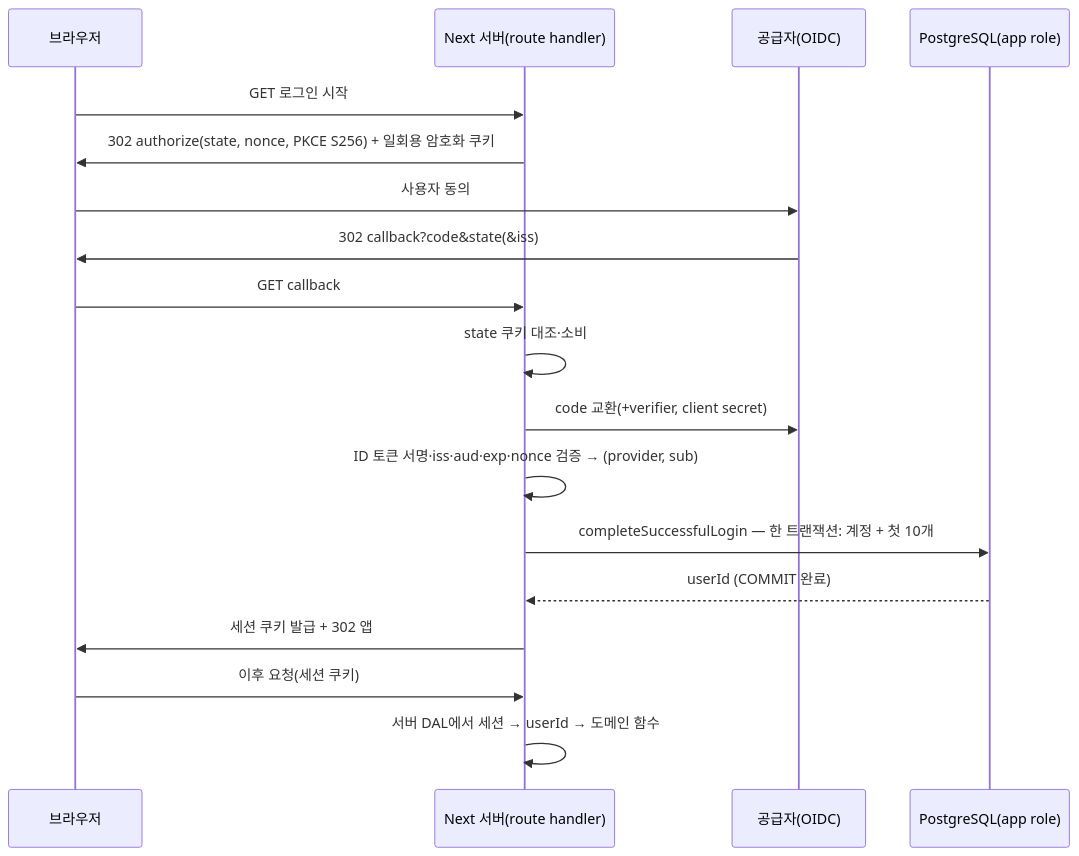
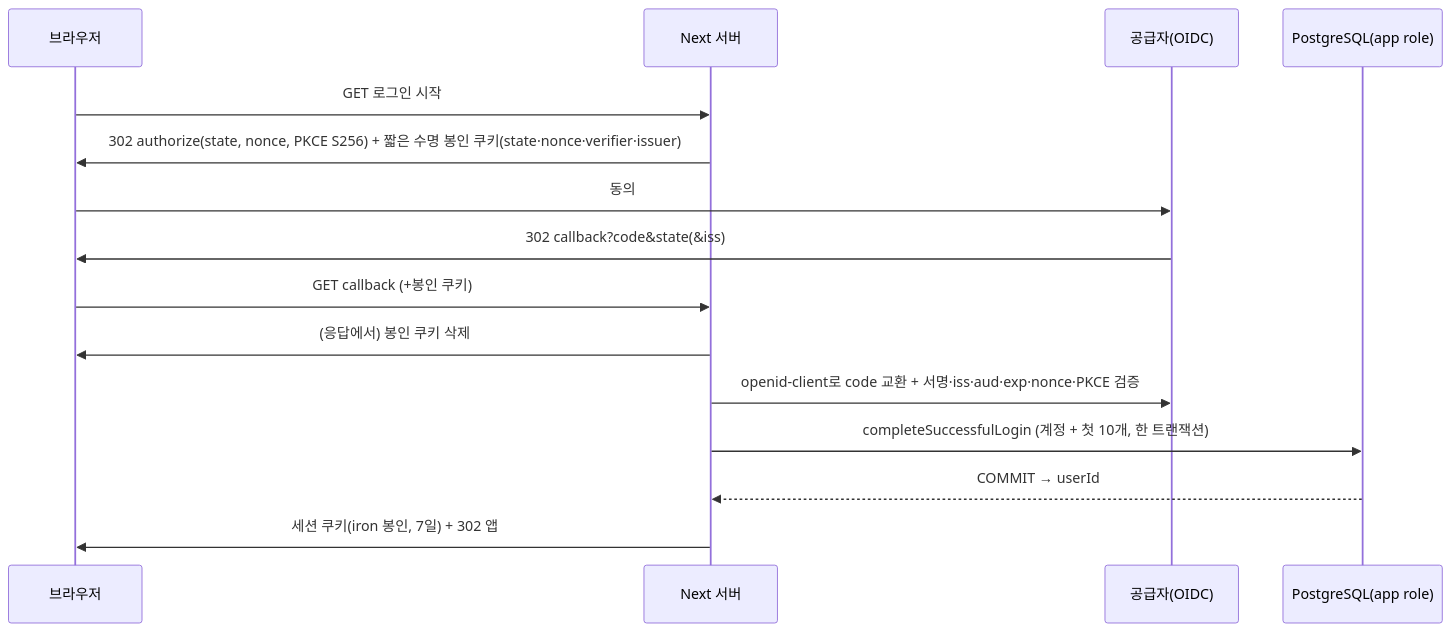
The diagram in docs/plans/PLAN_mvp-authentication.md (kindsr/devscent-pieceofdays-main), drawn with Mermaid before and after one commit. The commit also changed other lines of this file and 2 other files, not shown here.

````diff
--- a/docs/plans/PLAN_mvp-authentication.md
+++ b/docs/plans/PLAN_mvp-authentication.md
@@ -39,20 +50,17 @@
 ```mermaid
 sequenceDiagram
   participant B as 브라우저
-  participant A as Next 서버(route handler)
+  participant A as Next 서버
   participant P as 공급자(OIDC)
   participant D as PostgreSQL(app role)
   B->>A: GET 로그인 시작
-  A->>B: 302 authorize(state, nonce, PKCE S256) + 일회용 암호화 쿠키
-  B->>P: 사용자 동의
+  A->>B: 302 authorize(state, nonce, PKCE S256) + 짧은 수명 봉인 쿠키(state·nonce·verifier·issuer)
+  B->>P: 동의
   P->>B: 302 callback?code&state(&iss)
-  B->>A: GET callback
-  A->>A: state 쿠키 대조·소비
-  A->>P: code 교환(+verifier, client secret)
-  A->>A: ID 토큰 서명·iss·aud·exp·nonce 검증 → (provider, sub)
-  A->>D: completeSuccessfulLogin — 한 트랜잭션: 계정 + 첫 10개
-  D-->>A: userId (COMMIT 완료)
-  A->>B: 세션 쿠키 발급 + 302 앱
-  B->>A: 이후 요청(세션 쿠키)
-  A->>A: 서버 DAL에서 세션 → userId → 도메인 함수
+  B->>A: GET callback (+봉인 쿠키)
+  A->>B: (응답에서) 봉인 쿠키 삭제
+  A->>P: openid-client로 code 교환 + 서명·iss·aud·exp·nonce·PKCE 검증
+  A->>D: completeSuccessfulLogin (계정 + 첫 10개, 한 트랜잭션)
+  D-->>A: COMMIT → userId
+  A->>B: 세션 쿠키(iron 봉인, 7일) + 302 앱
 ```
````
